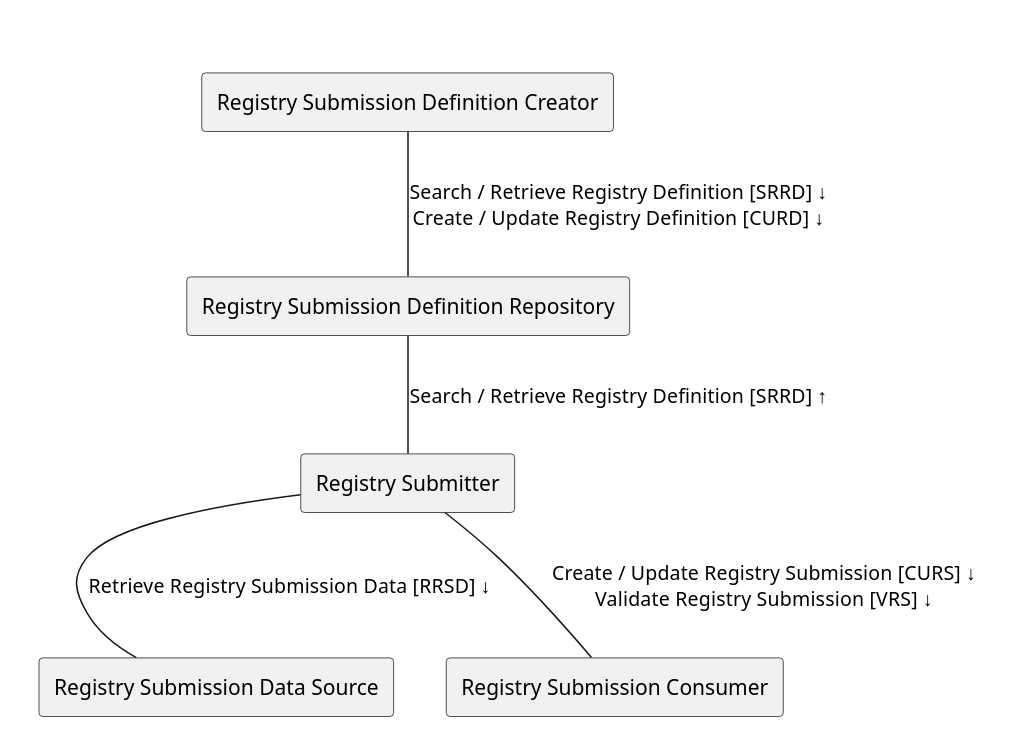
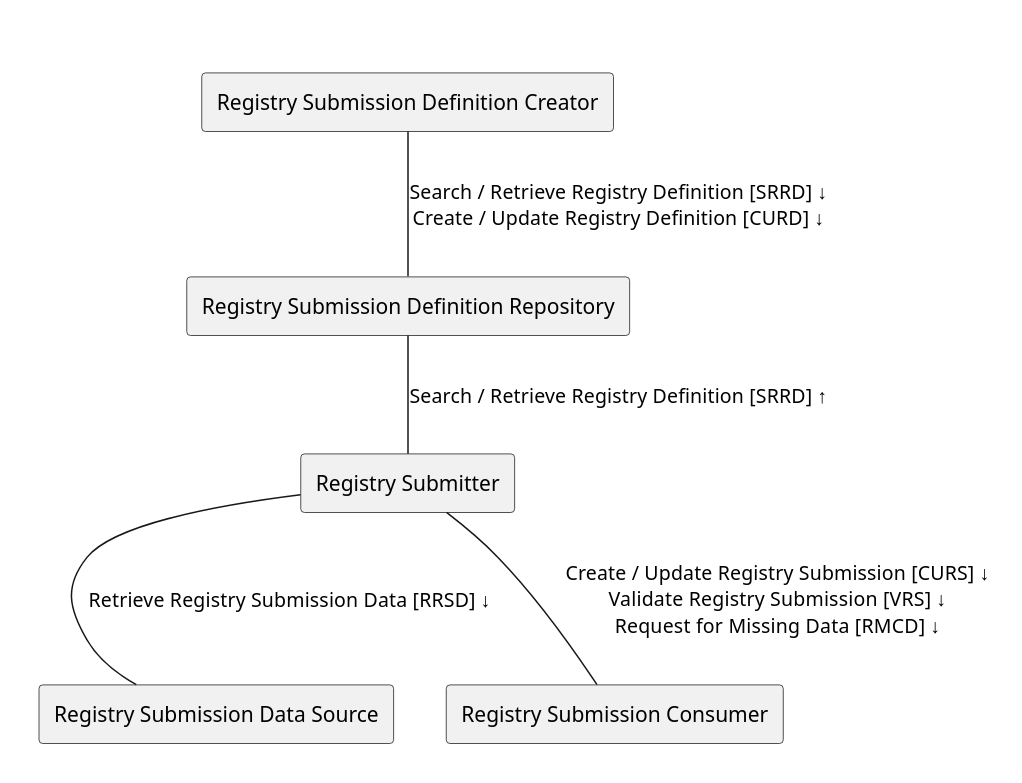
The diagram in input/images-source/ActorsAndTransactions.plantuml (HL7/fhir-registry-protocols-ig), drawn with PlantUML before and after one commit. The commit also changed other lines of this file and 45 other files, not shown here.

```diff
--- a/input/images-source/ActorsAndTransactions.plantuml
+++ b/input/images-source/ActorsAndTransactions.plantuml
@@ -1,16 +4,16 @@
 @startuml
 skinparam FolderBorderColor white
 skinparam FolderFontColor white
 skinparam Shadowing false
 folder Actors {
 agent "Registry Submission Definition Creator" as RSDC
 agent "Registry Submission Definition Repository" as RSDR
 agent "Registry Submitter" as RS
 agent "Registry Submission Data Source" as RSDS
 agent "Registry Submission Consumer" as RSC
 RSDC -- RSDR : "Search / Retrieve Registry Definition [SRRD] ↓\nCreate / Update Registry Definition [CURD] ↓"
 RSDR -- RS : "Search / Retrieve Registry Definition [SRRD] ↑"
 RS -- RSDS : "Retrieve Registry Submission Data [RRSD] ↓"
-RS -- RSC : "Create / Update Registry Submission [CURS] ↓\nValidate Registry Submission [VRS] ↓"
+RS -- RSC : "Create / Update Registry Submission [CURS] ↓\nValidate Registry Submission [VRS] ↓\nRequest for Missing Data [RMCD] ↓"
 }
 @enduml
```
